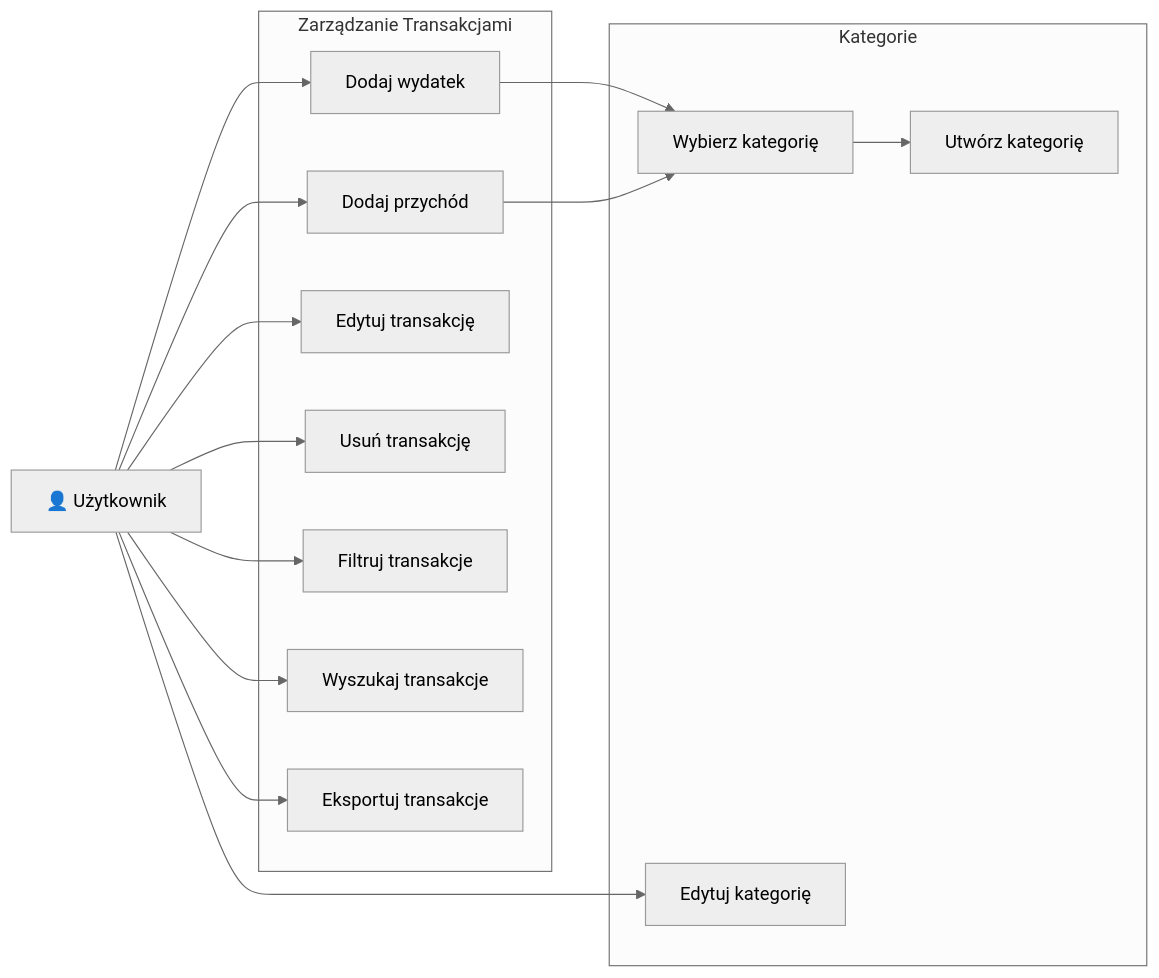
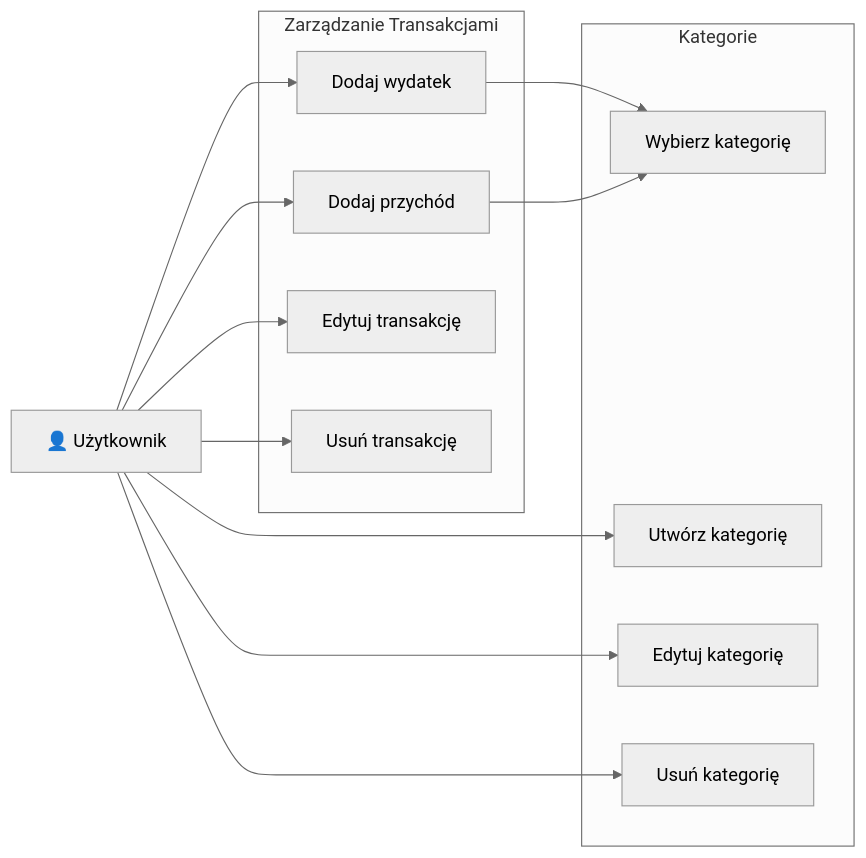
Before and after one commit to WisMaja/MyMoney: the second of 20 diagrams in docs/diagramy.md, drawn with Mermaid (neutral theme). The commit also changed other lines of this file and 10 other files, not shown here.

````diff
--- a/docs/diagramy.md
+++ b/docs/diagramy.md
@@ -59,33 +47,29 @@
 ```mermaid
 graph LR
     User[👤 Użytkownik]
     
     subgraph "Zarządzanie Transakcjami"
         UC1[Dodaj wydatek]
         UC2[Dodaj przychód]
         UC3[Edytuj transakcję]
         UC4[Usuń transakcję]
-        UC5[Filtruj transakcje]
-        UC6[Wyszukaj transakcje]
-        UC7[Eksportuj transakcje]
     end
     
     subgraph "Kategorie"
-        UC8[Wybierz kategorię]
-        UC9[Utwórz kategorię]
-        UC10[Edytuj kategorię]
+        UC5[Wybierz kategorię]
+        UC6[Utwórz kategorię]
+        UC7[Edytuj kategorię]
+        UC8[Usuń kategorię]
     end
     
     User --> UC1
     User --> UC2
     User --> UC3
     User --> UC4
-    User --> UC5
+    
+    UC1 --> UC5
+    UC2 --> UC5
     User --> UC6
     User --> UC7
-    
-    UC1 --> UC8
-    UC2 --> UC8
-    UC8 --> UC9
-    User --> UC10
+    User --> UC8
 ```
````
